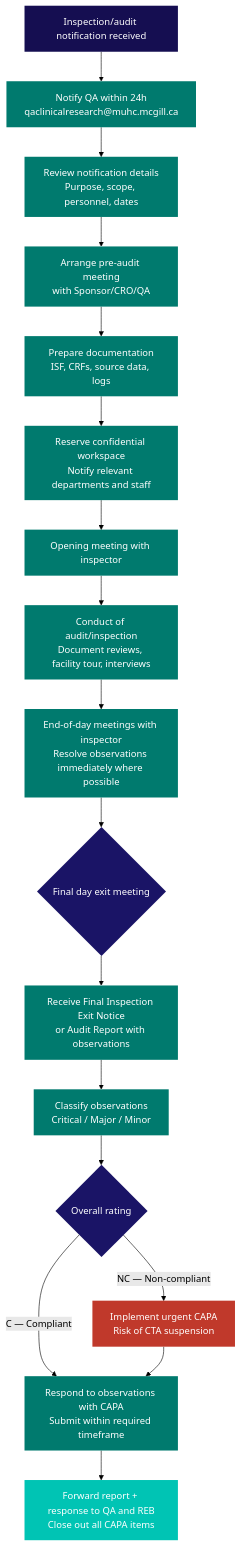
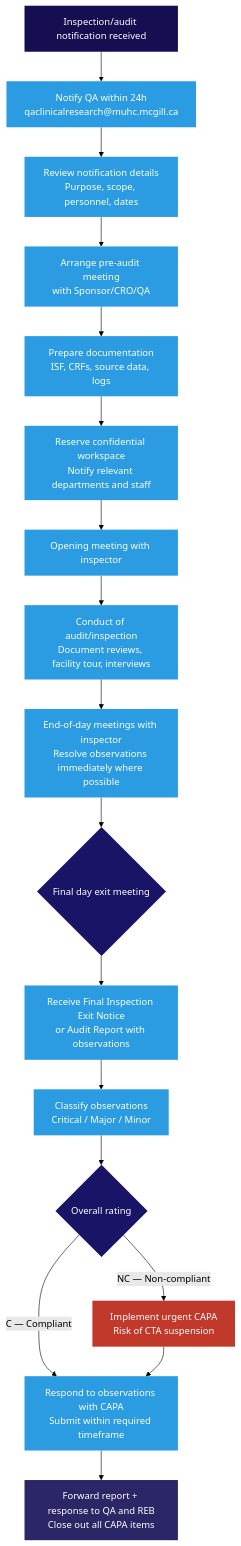
One commit to matthewfiorentino/docs changed the diagram in sops/cr-017.mdx. Above: the diagram before and after it, drawn with Mermaid (forest theme). The commit also changed 36 other files, not shown here.

````diff
--- a/sops/cr-017.mdx
+++ b/sops/cr-017.mdx
@@ -101,36 +101,36 @@
 ```mermaid
 flowchart TD
     A[Inspection/audit notification received] --> B[Notify QA within 24h\nqaclinicalresearch@muhc.mcgill.ca]
     B --> C[Review notification details\nPurpose, scope, personnel, dates]
     C --> D[Arrange pre-audit meeting\nwith Sponsor/CRO/QA]
     D --> E[Prepare documentation\nISF, CRFs, source data, logs]
     E --> F[Reserve confidential workspace\nNotify relevant departments and staff]
     F --> G[Opening meeting with inspector]
     G --> H[Conduct of audit/inspection\nDocument reviews, facility tour, interviews]
     H --> I[End-of-day meetings with inspector\nResolve observations immediately where possible]
     I --> J{Final day exit meeting}
     J --> K[Receive Final Inspection Exit Notice\nor Audit Report with observations]
     K --> L[Classify observations\nCritical / Major / Minor]
     L --> M{Overall rating}
     M -->|C — Compliant| N[Respond to observations with CAPA\nSubmit within required timeframe]
     M -->|NC — Non-compliant| O[Implement urgent CAPA\nRisk of CTA suspension]
     O --> N
     N --> P[Forward report + response to QA and REB\nClose out all CAPA items]
 
     style A fill:#150e51,color:#fff,stroke:none
-    style B fill:#007a6e,color:#fff,stroke:none
-    style C fill:#007a6e,color:#fff,stroke:none
-    style D fill:#007a6e,color:#fff,stroke:none
-    style E fill:#007a6e,color:#fff,stroke:none
-    style F fill:#007a6e,color:#fff,stroke:none
-    style G fill:#007a6e,color:#fff,stroke:none
-    style H fill:#007a6e,color:#fff,stroke:none
-    style I fill:#007a6e,color:#fff,stroke:none
+    style B fill:#2b9ce2,color:#fff,stroke:none
+    style C fill:#2b9ce2,color:#fff,stroke:none
+    style D fill:#2b9ce2,color:#fff,stroke:none
+    style E fill:#2b9ce2,color:#fff,stroke:none
+    style F fill:#2b9ce2,color:#fff,stroke:none
+    style G fill:#2b9ce2,color:#fff,stroke:none
+    style H fill:#2b9ce2,color:#fff,stroke:none
+    style I fill:#2b9ce2,color:#fff,stroke:none
     style J fill:#1a1466,color:#fff,stroke:none
-    style K fill:#007a6e,color:#fff,stroke:none
-    style L fill:#007a6e,color:#fff,stroke:none
+    style K fill:#2b9ce2,color:#fff,stroke:none
+    style L fill:#2b9ce2,color:#fff,stroke:none
     style M fill:#1a1466,color:#fff,stroke:none
-    style N fill:#007a6e,color:#fff,stroke:none
+    style N fill:#2b9ce2,color:#fff,stroke:none
     style O fill:#c0392b,color:#fff,stroke:none
-    style P fill:#00c4b4,color:#fff,stroke:none
+    style P fill:#2b2666,color:#fff,stroke:none
 ```
````
